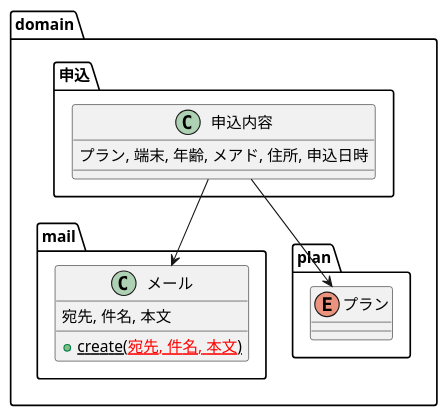
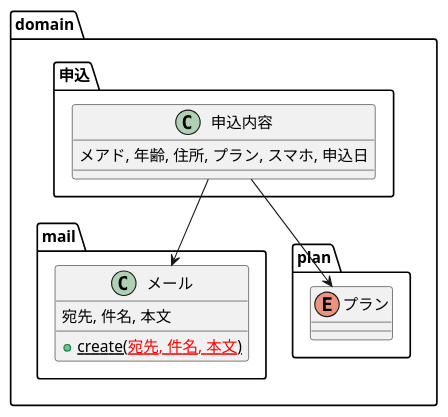
The diagram in 12-mail-factory.puml (suzuki-hoge/genbade-ddd-tokyo), drawn with PlantUML before and after one commit. The commit also changed 177 other files, not shown here.

```diff
--- a/12-mail-factory.puml
+++ b/12-mail-factory.puml
@@ -1,26 +1,26 @@
 @startuml
 
 package domain {
   package mail {
     class メール {
       宛先, 件名, 本文
       + {static} create(<font color=red>宛先, 件名, 本文</font>)
     }
   }
   package 申込 {
     class 申込内容 {
-      プラン, 端末, 年齢, メアド, 住所, 申込日時
+      メアド, 年齢, 住所, プラン, スマホ, 申込日
     }
   }
   申込内容 -d-> メール
   package plan {
     enum プラン
   }
   申込内容 --> プラン
 }
 
 ' テストしやすい
 ' 申込の本文だけ申込で作る
 ' プランや端末みたいな変わりやすい物には依存しない
 
 @enduml
```
